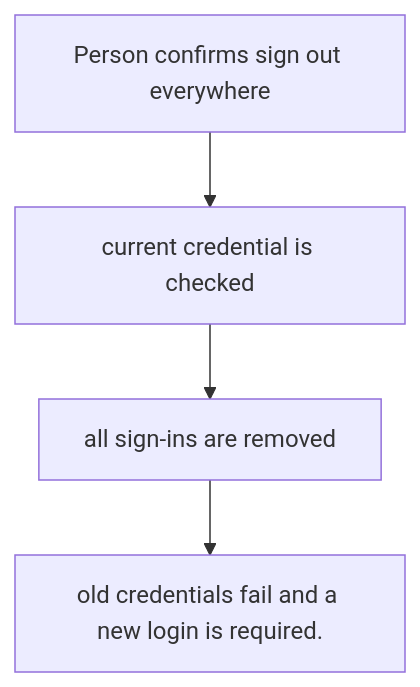
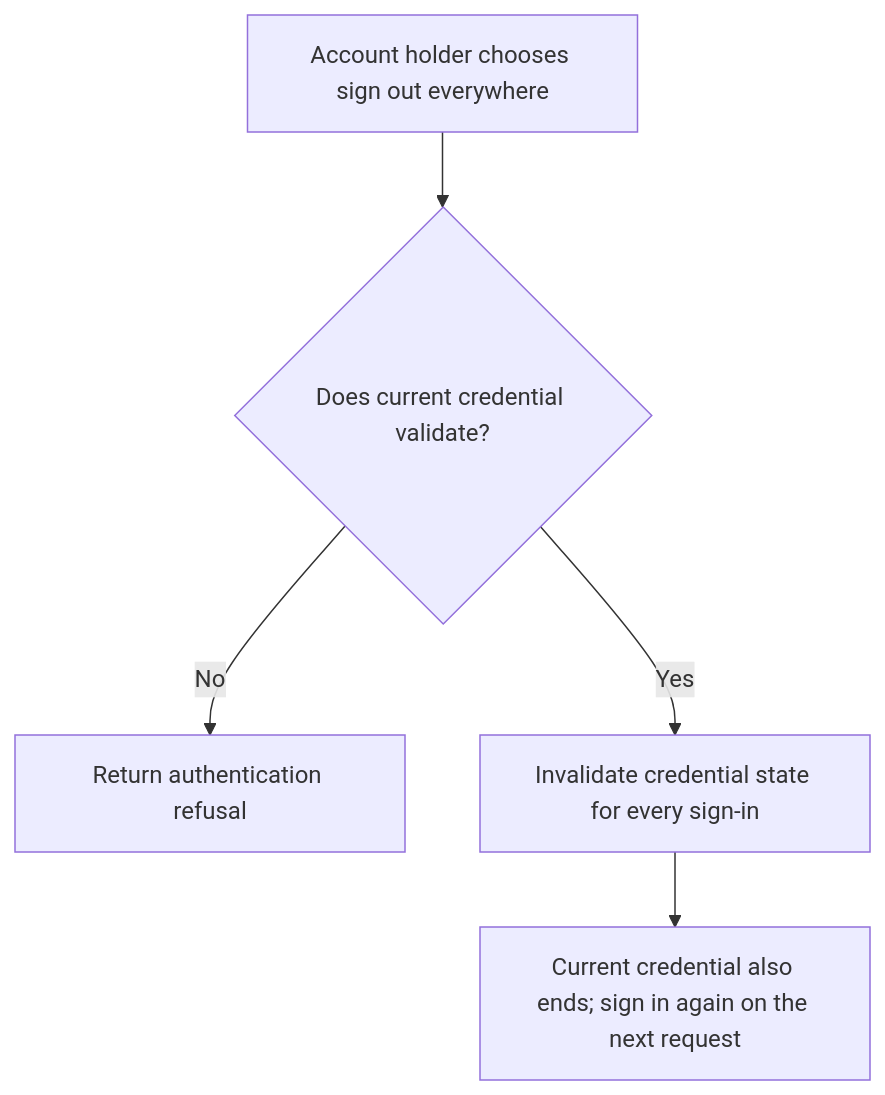
Before and after one commit to Kevinjohn/oss-adonisjs-account-kit: the first of 2 diagrams in user-stories/US-ACCOUNT-17-revoke-all-devices.md, drawn with Mermaid. The commit also changed other lines of this file and 9 other files, not shown here.

````diff
--- a/user-stories/US-ACCOUNT-17-revoke-all-devices.md
+++ b/user-stories/US-ACCOUNT-17-revoke-all-devices.md
@@ -20,10 +18,7 @@
 ```mermaid
 flowchart TD
-    U0["Person confirms sign out everywhere"]
-    U1["current credential is checked"]
-    U0 --> U1
-    U2["all sign-ins are removed"]
-    U1 --> U2
-    U3["old credentials fail and a new login is required."]
-    U2 --> U3
+ A["Account holder chooses sign out everywhere"] --> B{"Does current credential validate?"}
+ B -->|No| C["Return authentication refusal"]
+ B -->|Yes| D["Invalidate credential state for every sign-in"]
+ D --> E["Current credential also ends; sign in again on the next request"]
 ```
````
